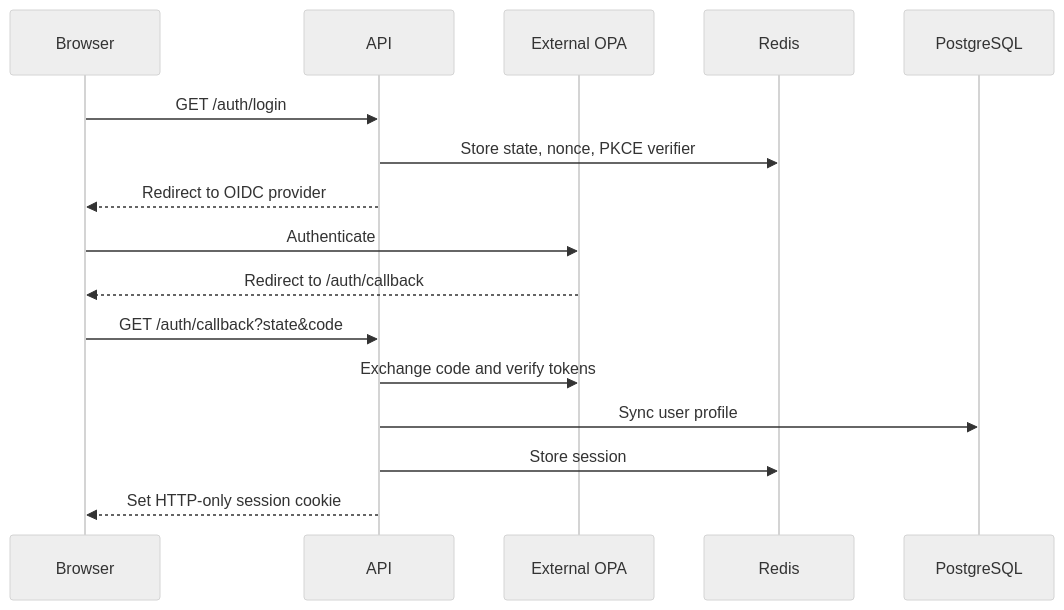
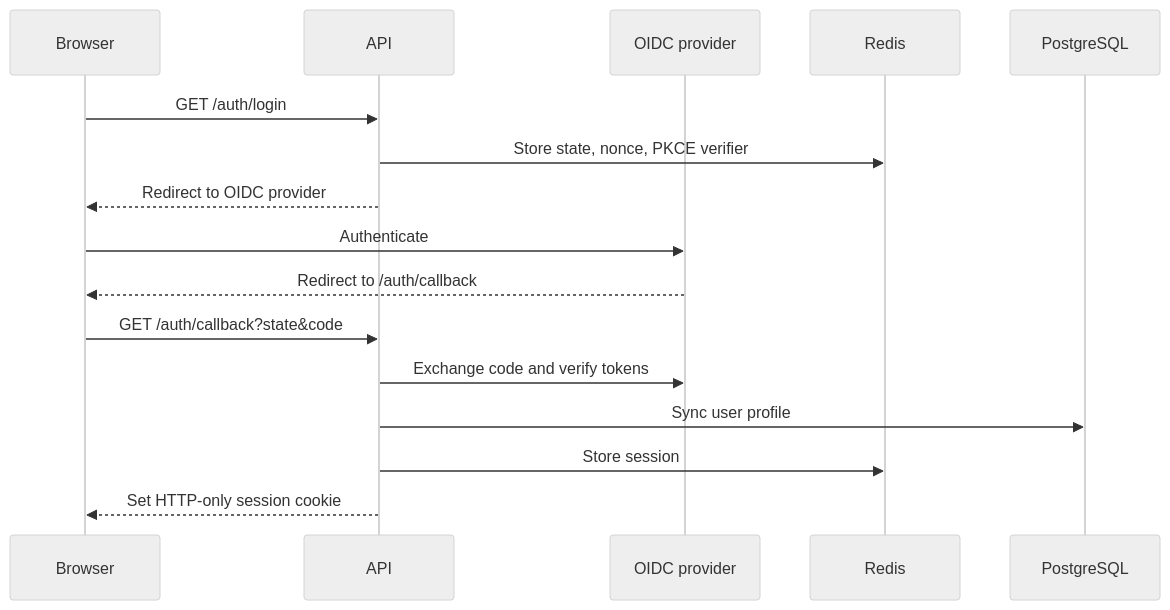
Before and after one commit to thomas-illiet/prompt-gate: the second of 4 diagrams in docs/architecture.md, drawn with Mermaid (neutral theme). The commit also changed 15 other files, not shown here.

````diff
--- a/docs/architecture.md
+++ b/docs/architecture.md
@@ -83,20 +83,19 @@
 ```mermaid
 sequenceDiagram
     participant B as Browser
     participant A as API
     participant O as OIDC provider
     participant R as Redis
     participant D as PostgreSQL
-    participant O as External OPA
 
     B->>A: GET /auth/login
     A->>R: Store state, nonce, PKCE verifier
     A-->>B: Redirect to OIDC provider
     B->>O: Authenticate
     O-->>B: Redirect to /auth/callback
     B->>A: GET /auth/callback?state&code
     A->>O: Exchange code and verify tokens
     A->>D: Sync user profile
     A->>R: Store session
     A-->>B: Set HTTP-only session cookie
 ```
````
